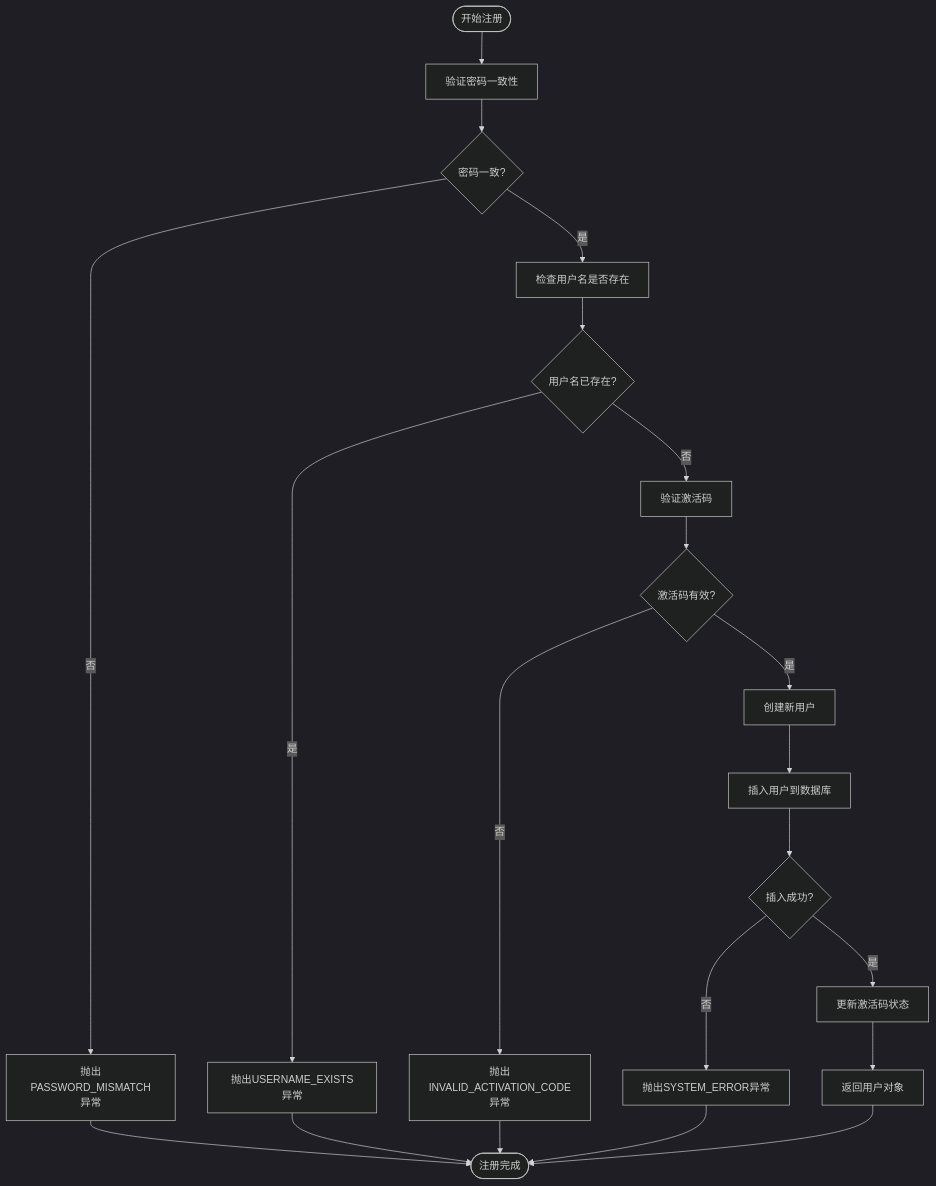
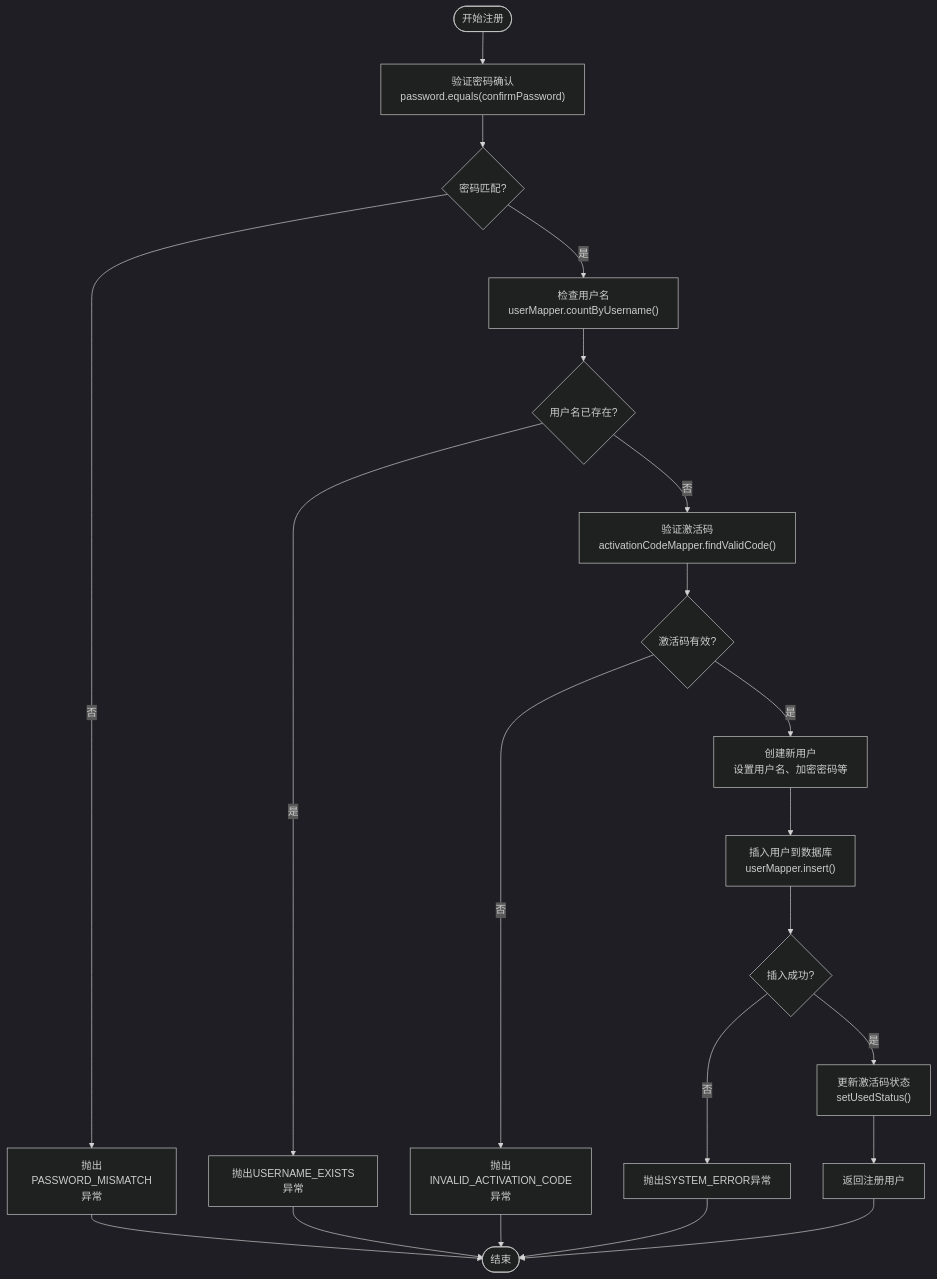
The fourth of 11 diagrams in .qoder/repowiki/zh/content/业务逻辑层/认证服务.md (Redmoon-2333/HumanResourceOfficial), drawn with Mermaid (dark theme) before and after one commit. The commit also changed other lines of this file and 60 other files, not shown here.

````diff
--- a/.qoder/repowiki/zh/content/业务逻辑层/认证服务.md
+++ b/.qoder/repowiki/zh/content/业务逻辑层/认证服务.md
@@ -203,23 +168,23 @@
 ```mermaid
 flowchart TD
-Start([开始注册]) --> ValidatePassword["验证密码一致性"]
-ValidatePassword --> PasswordValid{"密码一致?"}
-PasswordValid --> |否| ThrowMismatch["抛出PASSWORD_MISMATCH异常"]
-PasswordValid --> |是| CheckUsername["检查用户名是否存在"]
+Start([开始注册]) --> ValidatePassword["验证密码确认<br/>password.equals(confirmPassword)"]
+ValidatePassword --> PasswordMatch{"密码匹配?"}
+PasswordMatch --> |否| ThrowPasswordMismatch["抛出PASSWORD_MISMATCH异常"]
+PasswordMatch --> |是| CheckUsername["检查用户名<br/>userMapper.countByUsername()"]
 CheckUsername --> UsernameExists{"用户名已存在?"}
-UsernameExists --> |是| ThrowExists["抛出USERNAME_EXISTS异常"]
-UsernameExists --> |否| ValidateCode["验证激活码"]
-ValidateCode --> CodeValid{"激活码有效?"}
+UsernameExists --> |是| ThrowUsernameExists["抛出USERNAME_EXISTS异常"]
+UsernameExists --> |否| ValidateActivationCode["验证激活码<br/>activationCodeMapper.findValidCode()"]
+ValidateActivationCode --> CodeValid{"激活码有效?"}
 CodeValid --> |否| ThrowInvalidCode["抛出INVALID_ACTIVATION_CODE异常"]
-CodeValid --> |是| CreateUser["创建新用户"]
-CreateUser --> InsertUser["插入用户到数据库"]
+CodeValid --> |是| CreateUser["创建新用户<br/>设置用户名、加密密码等"]
+CreateUser --> InsertUser["插入用户到数据库<br/>userMapper.insert()"]
 InsertUser --> InsertSuccess{"插入成功?"}
 InsertSuccess --> |否| ThrowSystemError["抛出SYSTEM_ERROR异常"]
-InsertSuccess --> |是| UpdateCode["更新激活码状态"]
-UpdateCode --> ReturnUser["返回用户对象"]
-ReturnUser --> End([注册完成])
-ThrowMismatch --> End
-ThrowExists --> End
+InsertSuccess --> |是| UpdateActivationCode["更新激活码状态<br/>setUsedStatus()"]
+UpdateActivationCode --> ReturnUser["返回注册用户"]
+ThrowPasswordMismatch --> End([结束])
+ThrowUsernameExists --> End
 ThrowInvalidCode --> End
 ThrowSystemError --> End
+ReturnUser --> End
 ```
````
